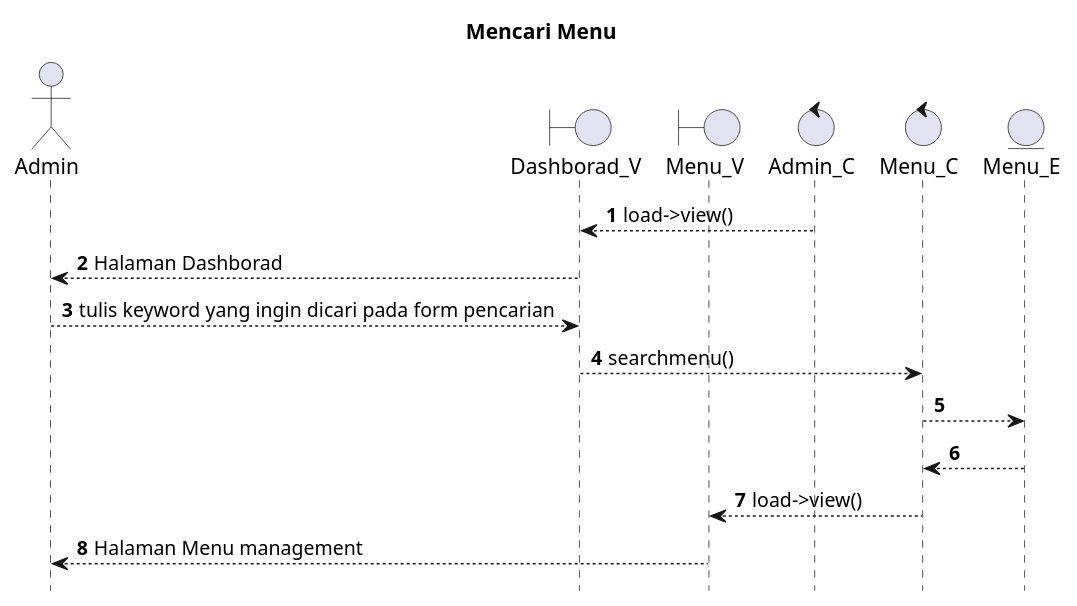
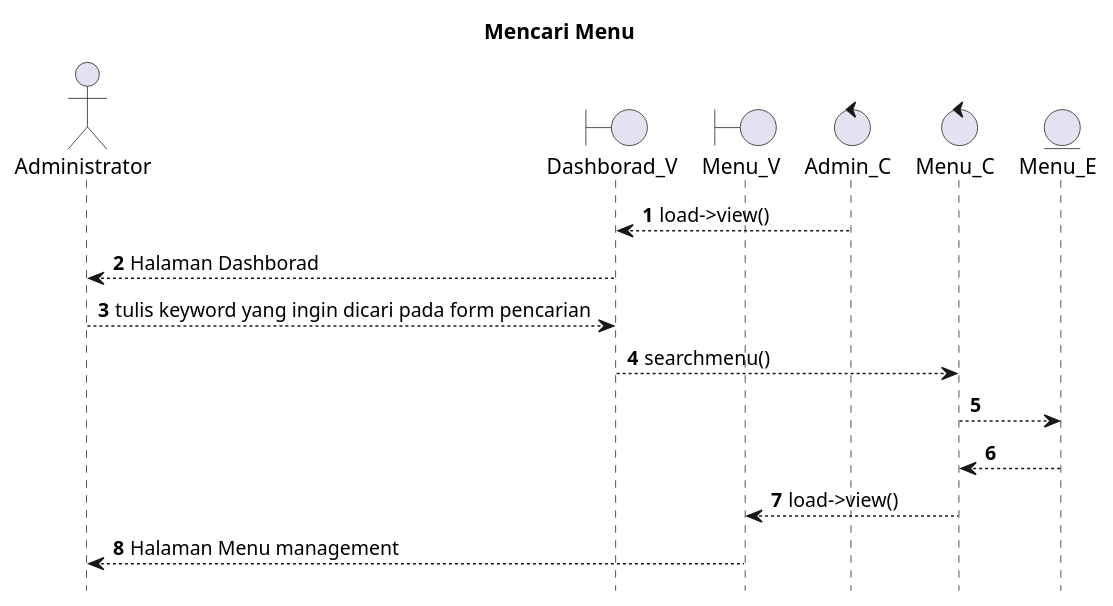
The diagram in SELAIN SISTEM/UML/SEQUENCE/pencarian/administrator/SearchMenu.puml (kurniado729/sistem_kp), drawn with PlantUML before and after one commit. The commit also changed 158 other files, not shown here.

Commit message:
ubah sequence

```diff
--- a/SELAIN SISTEM/UML/SEQUENCE/pencarian/administrator/SearchMenu.puml
+++ b/SELAIN SISTEM/UML/SEQUENCE/pencarian/administrator/SearchMenu.puml
@@ -1,24 +1,24 @@
 @startuml
 
 autonumber
 hide footbox
 title Mencari Menu
 
-Actor Admin
+Actor Administrator
 boundary Dashborad_V
 boundary Menu_V
 control Admin_C
 control Menu_C
 Entity Menu_E
 
 Admin_C --> Dashborad_V: load->view()
-Dashborad_V --> Admin: Halaman Dashborad
-Admin --> Dashborad_V: tulis keyword yang ingin dicari pada form pencarian
+Dashborad_V --> Administrator: Halaman Dashborad
+Administrator --> Dashborad_V: tulis keyword yang ingin dicari pada form pencarian
 Dashborad_V --> Menu_C: searchmenu()
 Menu_C --> Menu_E:
     
     Menu_E --> Menu_C:
     Menu_C --> Menu_V: load->view()
-    Menu_V --> Admin: Halaman Menu management
+    Menu_V --> Administrator: Halaman Menu management
 
 @enduml
```
